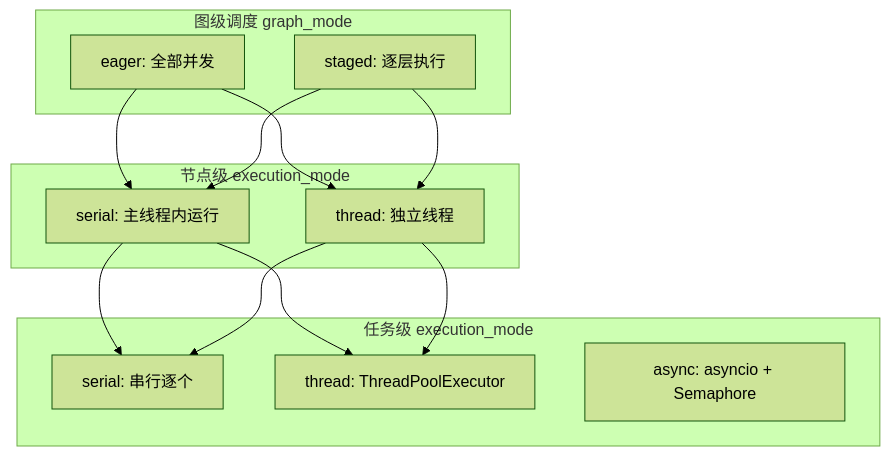
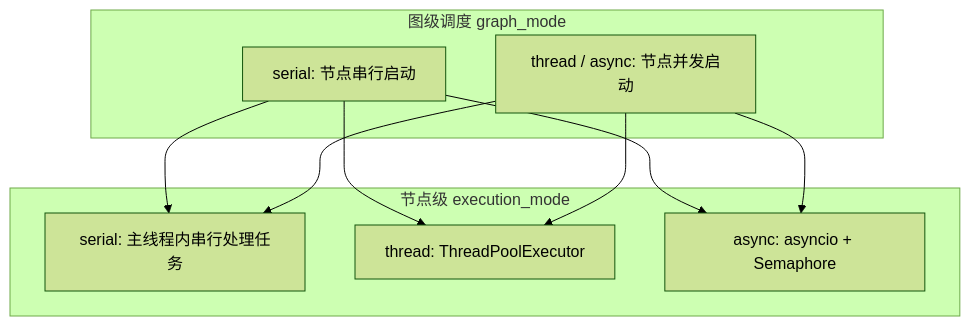
One commit to Mr-xiaotian/CelestialFlow changed the fourth of 9 diagrams in docs/zh-CN/presentation.md. Above: the diagram before and after it, drawn with Mermaid (forest theme). The commit also changed other lines of this file and 100 other files, not shown here.

````diff
--- a/docs/zh-CN/presentation.md
+++ b/docs/zh-CN/presentation.md
@@ -215,27 +215,20 @@
 ```mermaid
 graph TD
     subgraph 图级调度 graph_mode
-        A[eager: 全部并发]
-        B[staged: 逐层执行]
+        A[serial: 节点串行启动]
+        B[thread / async: 节点并发启动]
     end
 
     subgraph 节点级 execution_mode
-        C[serial: 主线程内运行]
-        D[thread: 独立线程]
-    end
-
-    subgraph 任务级 execution_mode
-        E[serial: 串行逐个]
-        F[thread: ThreadPoolExecutor]
-        H[async: asyncio + Semaphore]
+        C[serial: 主线程内串行处理任务]
+        D[thread: ThreadPoolExecutor]
+        E[async: asyncio + Semaphore]
     end
 
     A --> C
     A --> D
+    A --> E
     B --> C
     B --> D
-    C --> E
-    C --> F
-    D --> E
-    D --> F
+    B --> E
 ```
````
